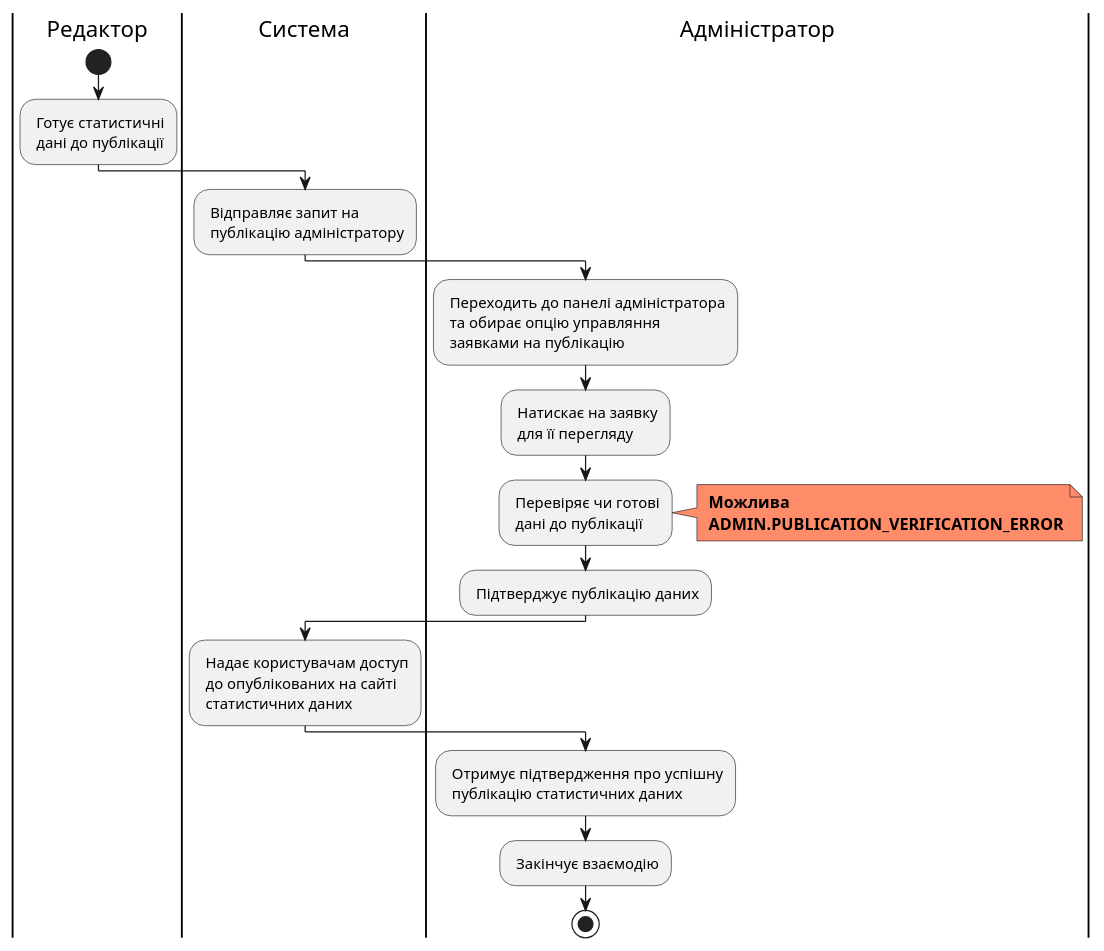
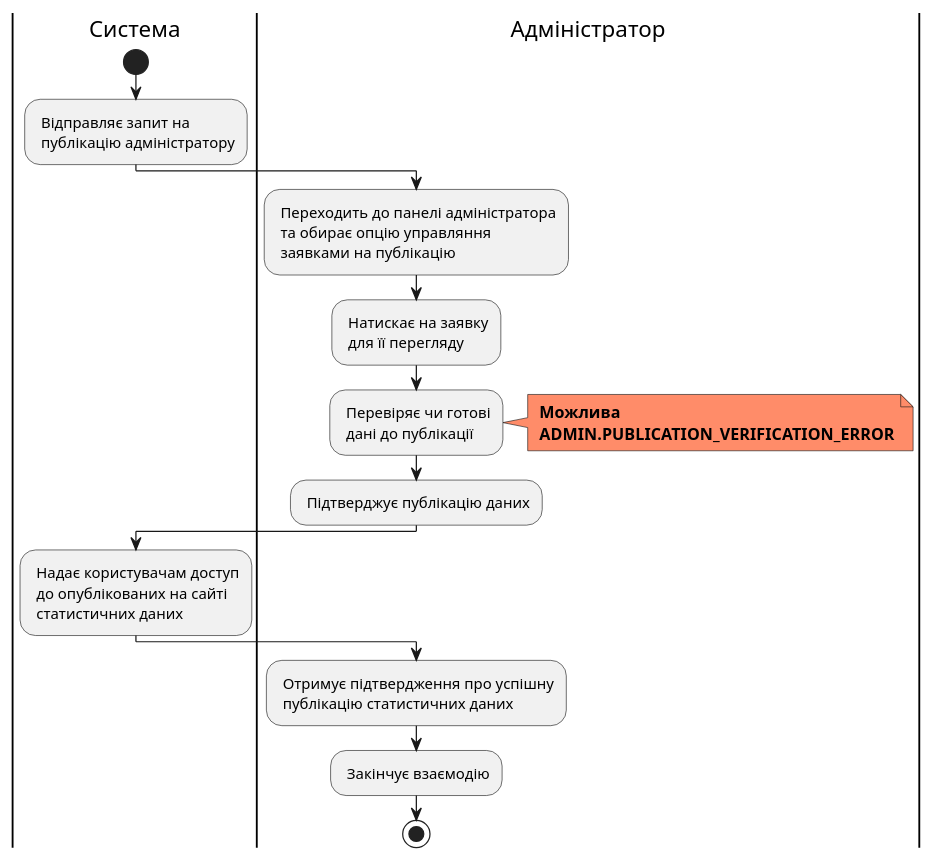
Diagram 17 of 19 in docs/use cases/README.md (edu-db/edu_db_labs), drawn with PlantUML before and after one commit. The commit also changed other lines of this file, not shown here.

```diff
--- a/docs/use cases/README.md
+++ b/docs/use cases/README.md
@@ -1304,30 +1293,27 @@
 @startuml
 
-|Редактор|
+|Система|
 start;
-: Готує статистичні\n дані до публікації;
-
-|Система|
 : Відправляє запит на\n публікацію адміністратору;
 
 |Адміністратор|
 : Переходить до панелі адміністратора\n та обирає опцію управляння\n заявками на публікацію;
 : Натискає на заявку\n для її перегляду;
 : Перевіряє чи готові\n дані до публікації;
 
 note right #ff8c69
 <b> Можлива
 <b> ADMIN.PUBLICATION_VERIFICATION_ERROR
 end note
 
 : Підтверджує публікацію даних;
 
 |Система|
 : Надає користувачам доступ\n до опублікованих на сайті\n статистичних даних;
 
 |Адміністратор|
 : Отримує підтвердження про успішну\n публікацію статистичних даних;
 : Закінчує взаємодію;
   stop;
 
 @enduml
```
